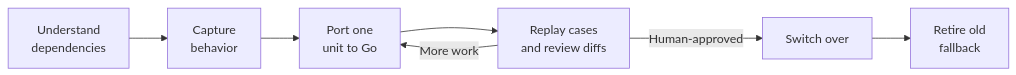
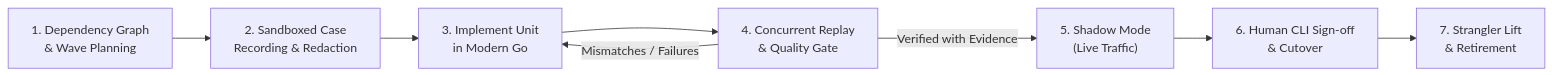
Before and after one commit to mohammedrefaat/go-anything: the diagram in README.md, drawn with Mermaid. The commit also changed other lines of this file and 77 other files, not shown here.

Commit message:
feat: complete all milestones M6 (Python adapter, worker sidecars, v0.2.0) and M7 (TypeScript adapter, schemas v1 freeze, migrate, GOVERNANCE.md, v1.0.0)

````diff
--- a/README.md
+++ b/README.md
@@ -46,9 +52,10 @@
 ```mermaid
 flowchart LR
-    A["Understand<br/>dependencies"] --> B["Capture<br/>behavior"]
-    B --> C["Port one<br/>unit to Go"]
-    C --> D["Replay cases<br/>and review diffs"]
-    D -->|More work| C
-    D -->|Human-approved| E["Switch over"]
-    E --> F["Retire old<br/>fallback"]
+    A["1. Dependency Graph<br/>& Wave Planning"] --> B["2. Sandboxed Case<br/>Recording & Redaction"]
+    B --> C["3. Implement Unit<br/>in Modern Go"]
+    C --> D["4. Concurrent Replay<br/>& Quality Gate"]
+    D -->|Mismatches / Failures| C
+    D -->|Verified with Evidence| E["5. Shadow Mode<br/>(Live Traffic)"]
+    E --> F["6. Human CLI Sign-off<br/>& Cutover"]
+    F --> G["7. Strangler Lift<br/>& Retirement"]
 ```
````
